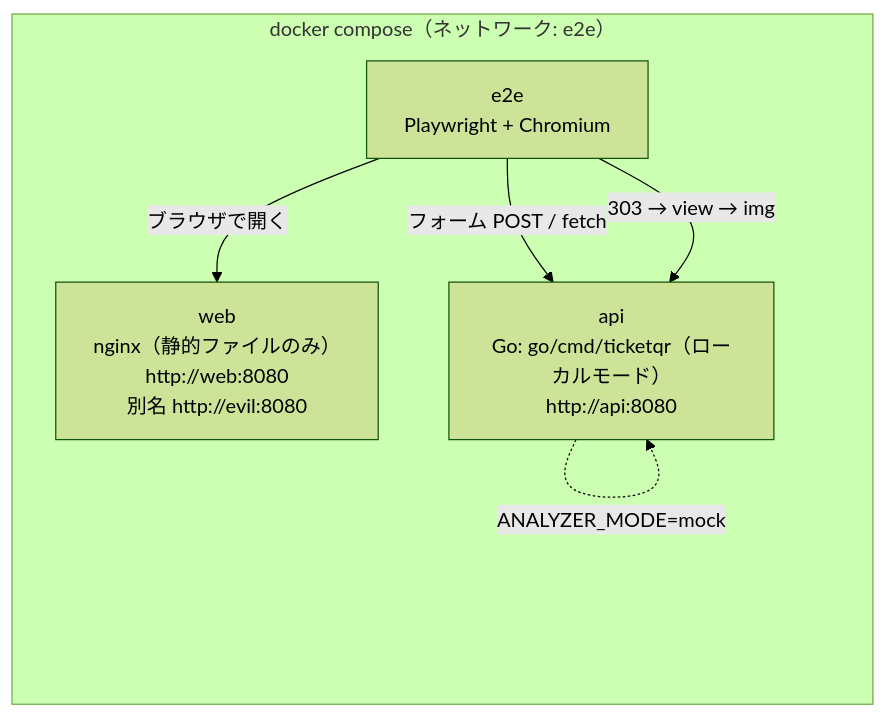
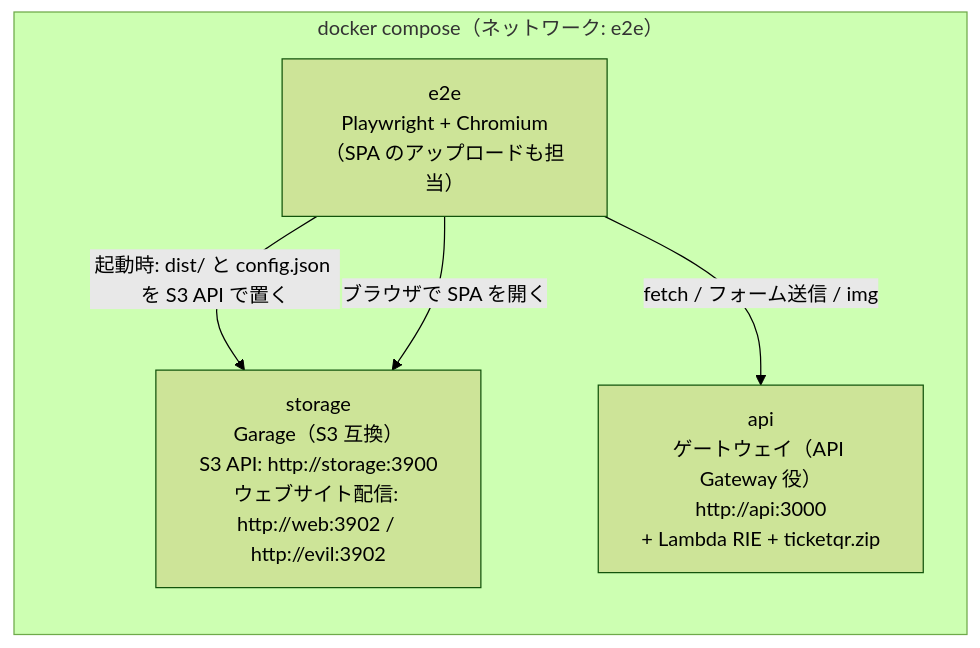
One commit to rxsxkxd/pk changed the diagram in docs/st/E2E.md. Above: the diagram before and after it, drawn with Mermaid (forest theme). The commit also changed other lines of this file and 22 other files, not shown here.

````diff
--- a/docs/st/E2E.md
+++ b/docs/st/E2E.md
@@ -22,12 +27,11 @@
 ```mermaid
 flowchart LR
   subgraph compose["docker compose（ネットワーク: e2e）"]
-    E2E["e2e<br/>Playwright + Chromium"]
-    WEB["web<br/>nginx（静的ファイルのみ）<br/>http://web:8080<br/>別名 http://evil:8080"]
-    API["api<br/>Go: go/cmd/ticketqr（ローカルモード）<br/>http://api:8080"]
+    E2E["e2e<br/>Playwright + Chromium<br/>（SPA のアップロードも担当）"]
+    ST["storage<br/>Garage（S3 互換）<br/>S3 API: http://storage:3900<br/>ウェブサイト配信: http://web:3902 / http://evil:3902"]
+    API["api<br/>ゲートウェイ（API Gateway 役）http://api:3000<br/>+ Lambda RIE + ticketqr.zip"]
   end
-  E2E -->|ブラウザで開く| WEB
-  E2E -->|フォーム POST / fetch| API
-  E2E -->|303 → view → img| API
-  API -.->|ANALYZER_MODE=mock| API
+  E2E -->|起動時: dist/ と config.json を S3 API で置く| ST
+  E2E -->|ブラウザで SPA を開く| ST
+  E2E -->|fetch / フォーム送信 / img| API
 ```
````
